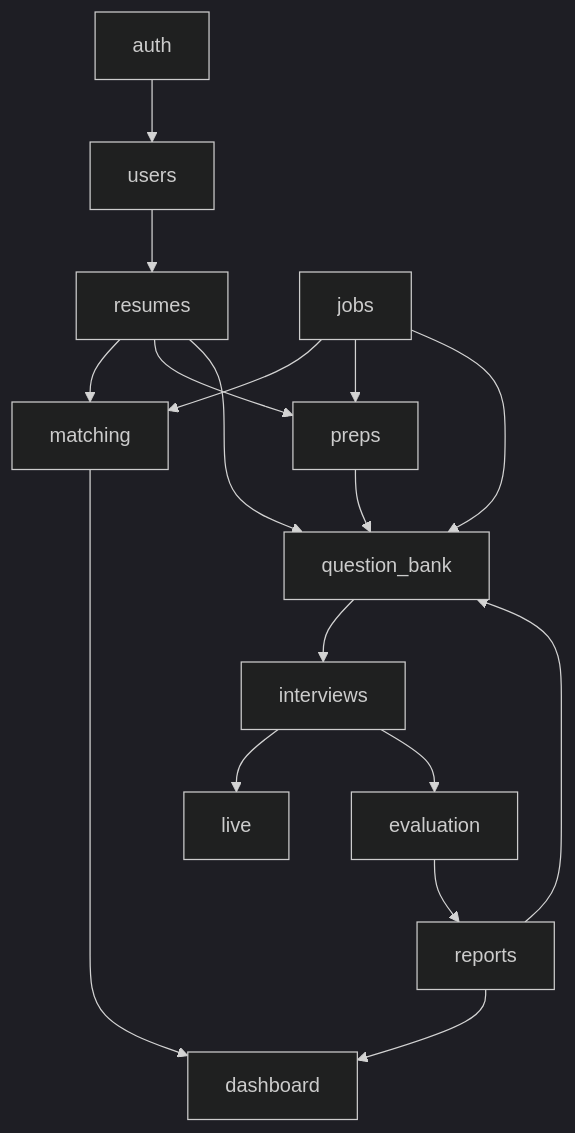
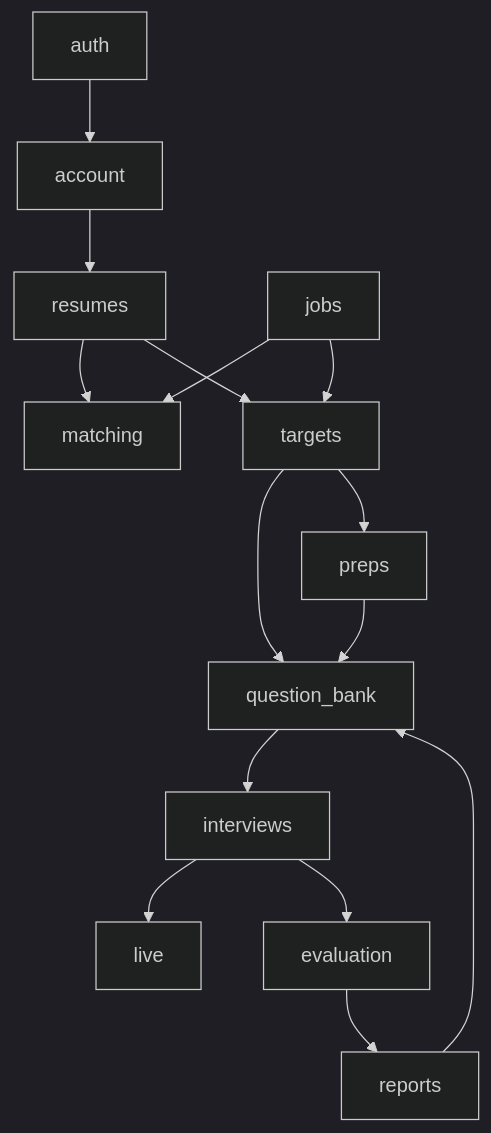
The third of 6 diagrams in spec/architecture.md (WilliamTsai1227/AI_Interview), drawn with Mermaid (dark theme) before and after one commit. The commit also changed other lines of this file and 4 other files, not shown here.

````diff
--- a/spec/architecture.md
+++ b/spec/architecture.md
@@ -309,19 +341,17 @@
 ```mermaid
 flowchart TD
-    auth --> users
-    users --> resumes
+    auth --> account
+    account --> resumes
     resumes --> matching
     jobs --> matching
-    resumes --> preps
-    jobs --> preps
+    jobs --> targets
+    resumes --> targets
+    targets --> question_bank
+    targets --> preps
     preps --> question_bank
-    jobs --> question_bank
-    resumes --> question_bank
     question_bank --> interviews
     interviews --> live
     interviews --> evaluation
     evaluation --> reports
     reports --> question_bank
-    reports --> dashboard
-    matching --> dashboard
 ```
````
